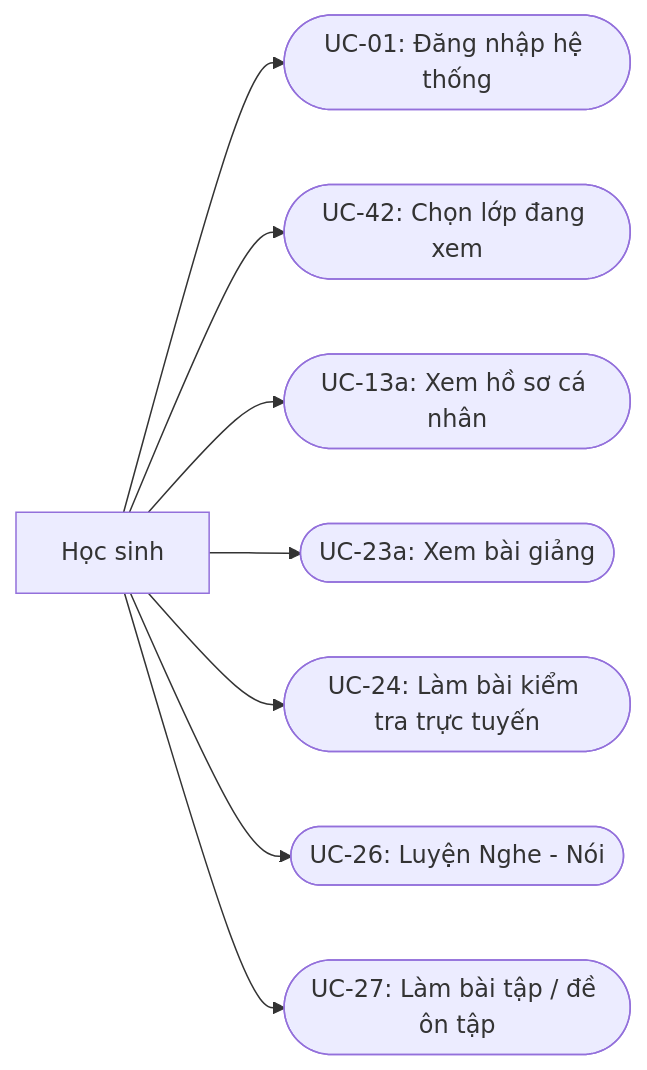
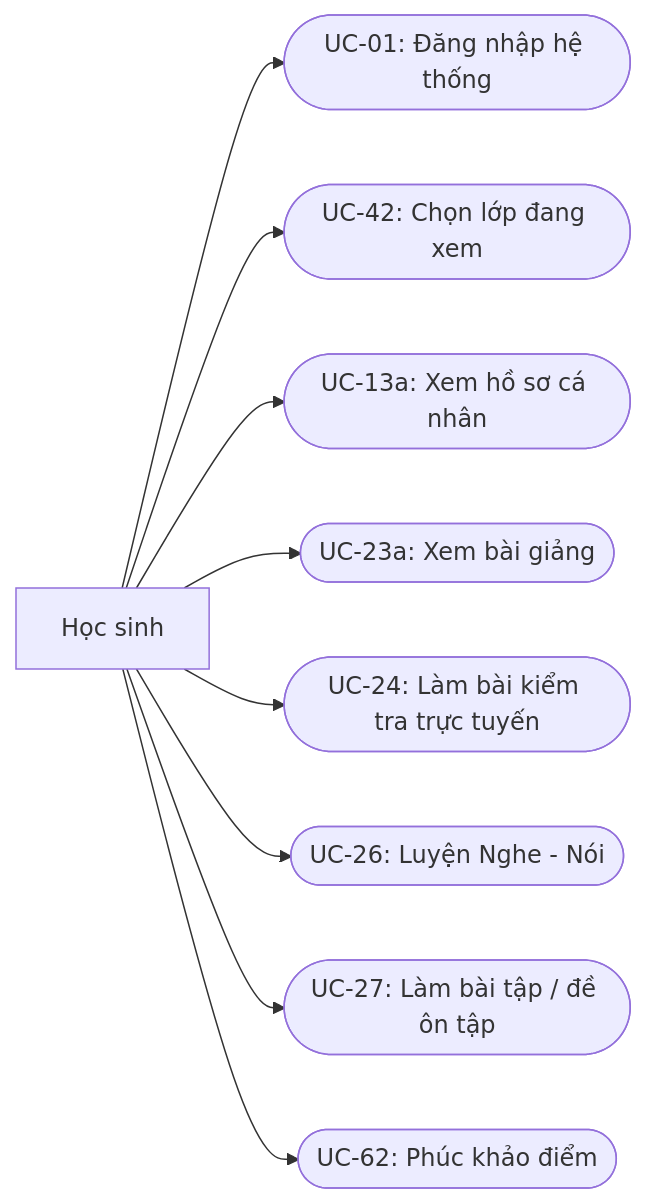
Before and after one commit to langtuananh2424/pps-education: the diagram in docs/diagrams/usecase-actors/UseCase-HocSinh.mmd, drawn with Mermaid. The commit also changed 43 other files, not shown here.

```diff
--- a/docs/diagrams/usecase-actors/UseCase-HocSinh.mmd
+++ b/docs/diagrams/usecase-actors/UseCase-HocSinh.mmd
@@ -1,18 +1,20 @@
 graph LR
     HocSinh[Học sinh]
 
     UC01(["UC-01: Đăng nhập hệ thống"])
     UC42(["UC-42: Chọn lớp đang xem"])
     UC13a(["UC-13a: Xem hồ sơ cá nhân"])
     UC23a(["UC-23a: Xem bài giảng"])
     UC24(["UC-24: Làm bài kiểm tra trực tuyến"])
     UC26(["UC-26: Luyện Nghe - Nói"])
     UC27(["UC-27: Làm bài tập / đề ôn tập"])
+    UC62(["UC-62: Phúc khảo điểm"])
 
     HocSinh --> UC01
     HocSinh --> UC42
     HocSinh --> UC13a
     HocSinh --> UC23a
     HocSinh --> UC24
     HocSinh --> UC26
     HocSinh --> UC27
+    HocSinh --> UC62
```
